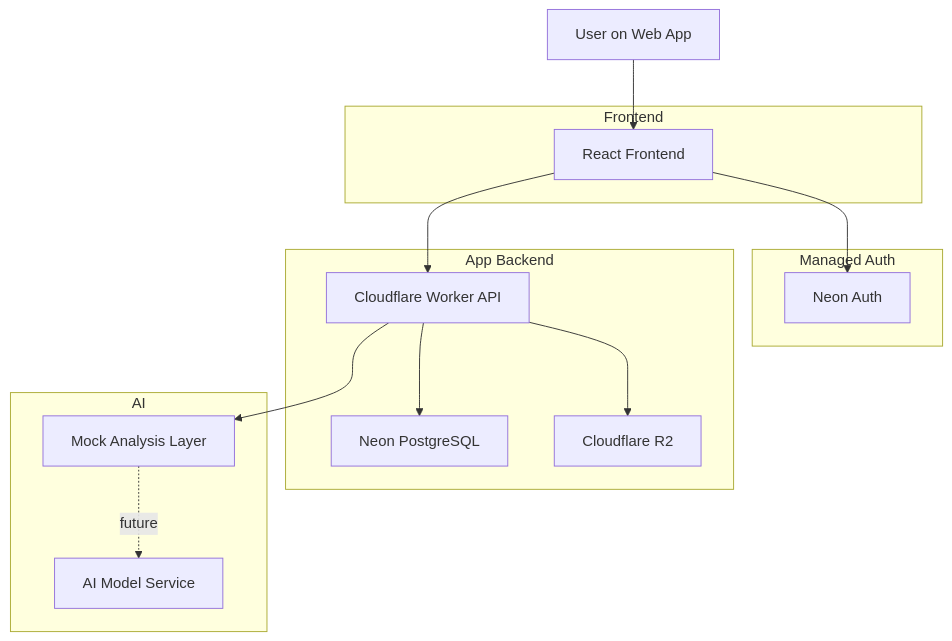
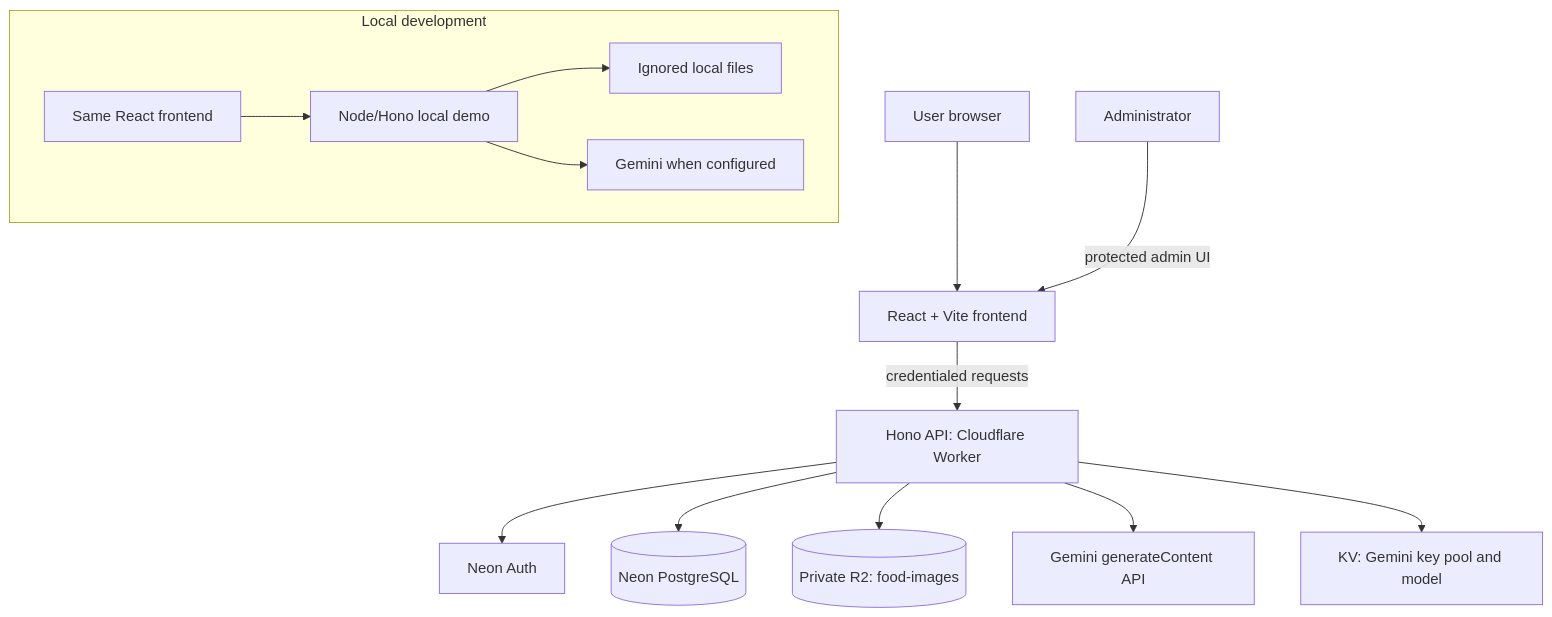
The diagram in diagrams/system_architecture.md (Tamal-11/cse4104-7a-t03-nutrilens), drawn with Mermaid before and after one commit. The commit also changed other lines of this file and 19 other files, not shown here.

````diff
--- a/diagrams/system_architecture.md
+++ b/diagrams/system_architecture.md
@@ -3,29 +3,17 @@
 ```mermaid
 flowchart TD
-    A[User on Web App] --> B[React Frontend]
-    B --> C[Neon Auth]
-    B --> D[Cloudflare Worker API]
-    D --> E[Neon PostgreSQL]
-    D --> F[Cloudflare R2]
-    D --> G[Mock Analysis Layer]
-    G -. future .-> H[AI Model Service]
+    User[User browser] --> Frontend[React + Vite frontend]
+    Frontend -->|credentialed requests| API[Hono API: Cloudflare Worker]
+    API --> Auth[Neon Auth]
+    API --> DB[(Neon PostgreSQL)]
+    API --> R2[(Private R2: food-images)]
+    API --> Gemini[Gemini generateContent API]
+    Admin[Administrator] -->|protected admin UI| Frontend
+    API --> KV[KV: Gemini key pool and model]
 
-    subgraph Frontend
-      B
-    end
-
-    subgraph Managed Auth
-      C
-    end
-
-    subgraph App Backend
-      D
-      E
-      F
-    end
-
-    subgraph AI
-      G
-      H
+    subgraph Local development
+        LocalUI[Same React frontend] --> LocalAPI[Node/Hono local demo]
+        LocalAPI --> Files[Ignored local files]
+        LocalAPI --> LocalGemini[Gemini when configured]
     end
 ```
````
